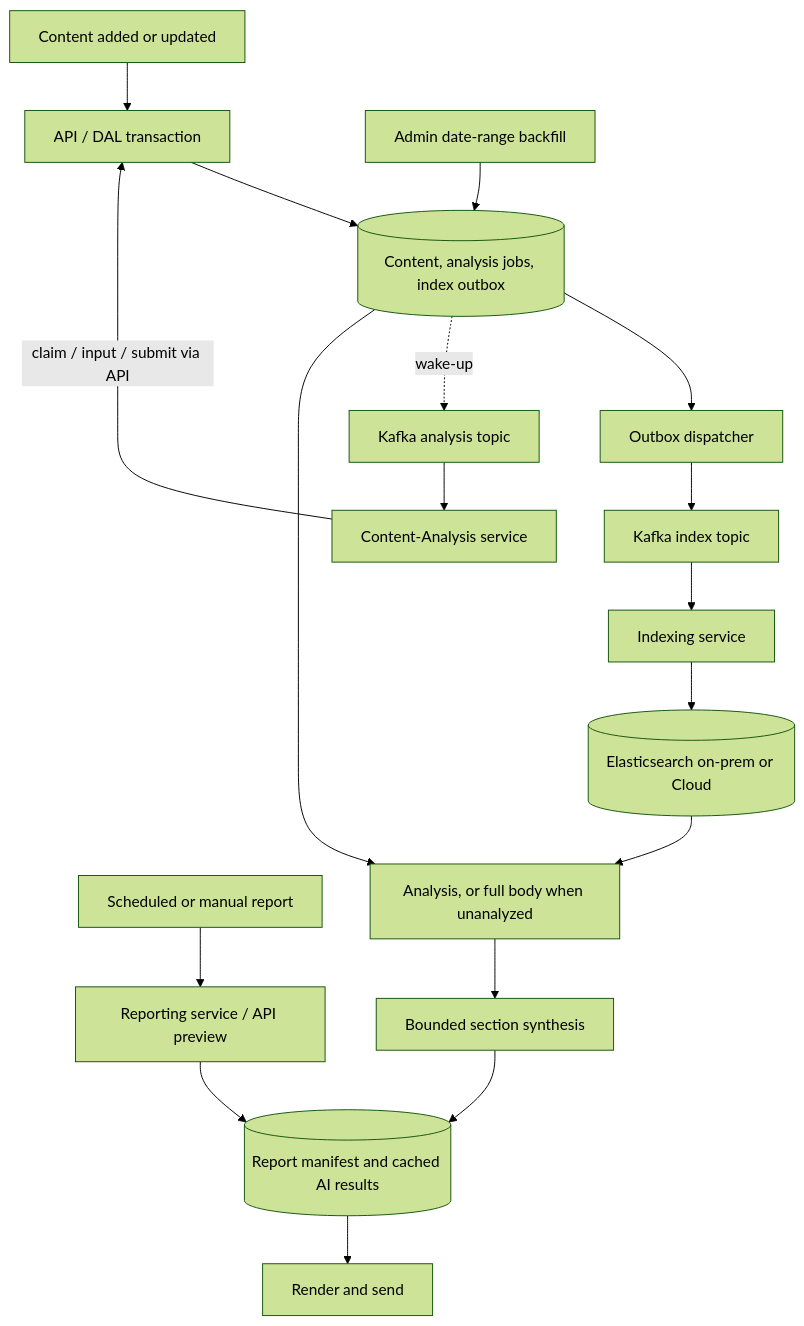
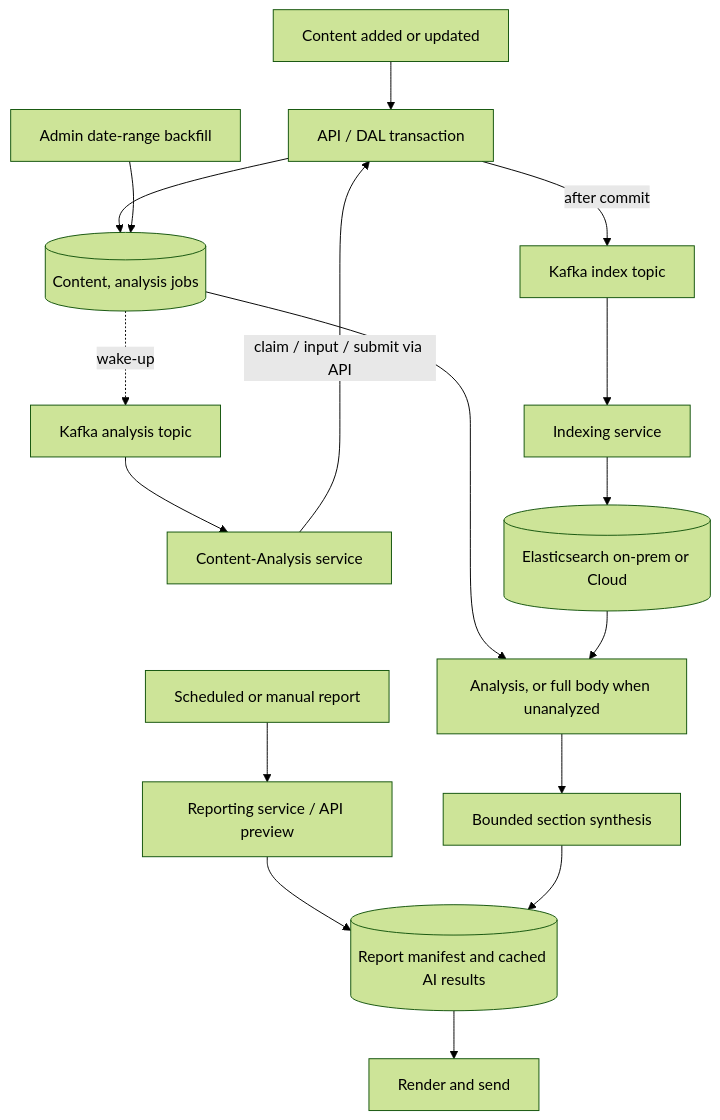
One commit to bcgov/tno changed the diagram in docs/planning/content-analysis/README.md. Above: the diagram before and after it, drawn with Mermaid (forest theme). The commit also changed other lines of this file and 560 other files, not shown here.

First line of the commit message:
feat(content-analysis): bounded report AI, content analysis, ordered indexing, backfill, topic scoring, history retention

````diff
--- a/docs/planning/content-analysis/README.md
+++ b/docs/planning/content-analysis/README.md
@@ -87,22 +88,21 @@
 ```mermaid
 flowchart TD
     U[Content added or updated] --> A[API / DAL transaction]
-    A --> D[(Content, analysis jobs, index outbox)]
-    D --> O[Outbox dispatcher]
-    O --> IQ[Kafka index topic]
+    A --> D[(Content, analysis jobs)]
+    A -->|after commit| IQ[Kafka index topic]
     D -. wake-up .-> AQ[Kafka analysis topic]
     AQ --> CA[Content-Analysis service]
     CA -->|claim / input / submit via API| A
     IQ --> IX[Indexing service]
     IX --> ES[(Elasticsearch on-prem or Cloud)]
 
     BF[Admin date-range backfill] --> D
 
     SR[Scheduled or manual report] --> R[Reporting service / API preview]
     R --> M[(Report manifest and cached AI results)]
     D --> E[Analysis, or full body when unanalyzed]
     ES --> E
     E --> L[Bounded section synthesis]
     L --> M
     M --> OUT[Render and send]
 ```
````
